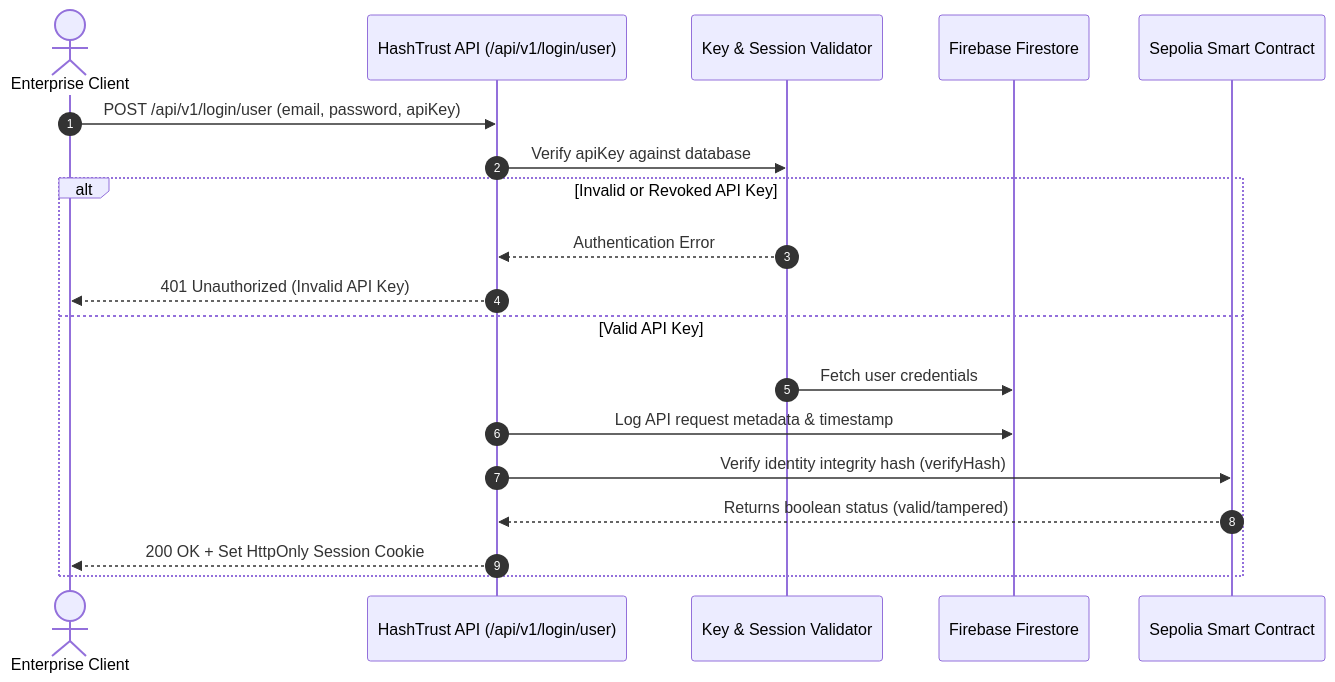
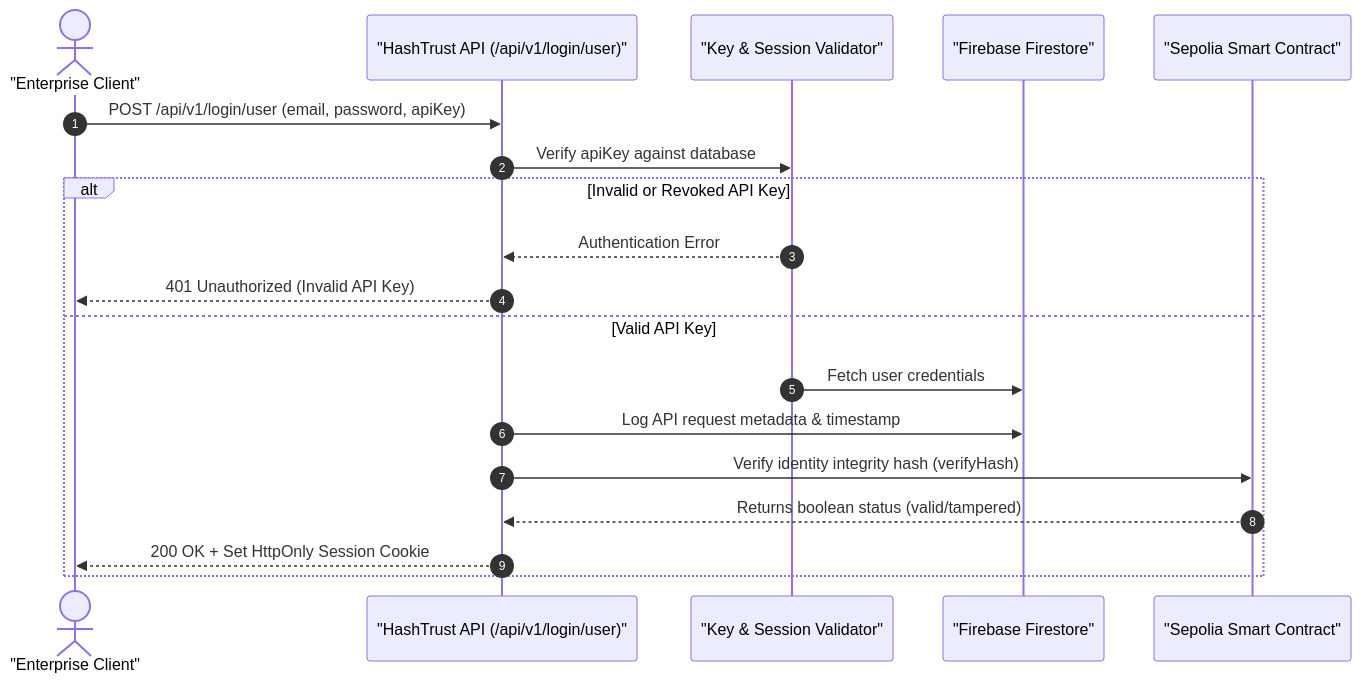
Before and after one commit to MdKaifSardar/HashTrust: the third of 3 diagrams in README.md, drawn with Mermaid. The commit also changed other lines of this file, not shown here.

Commit message:
docs: fix Mermaid diagram syntax for GitHub markdown rendering

````diff
--- a/README.md
+++ b/README.md
@@ -104,22 +104,22 @@
 ```mermaid
 sequenceDiagram
     autonumber
-    actor OrgClient as Enterprise Client
-    participant API as HashTrust API (/api/v1/login/user)
-    participant Auth as Key & Session Validator
-    participant DB as Firebase Firestore
-    participant Chain as Sepolia Smart Contract
+    actor OrgClient as "Enterprise Client"
+    participant API as "HashTrust API (/api/v1/login/user)"
+    participant Auth as "Key & Session Validator"
+    participant DB as "Firebase Firestore"
+    participant Chain as "Sepolia Smart Contract"
 
     OrgClient->>API: POST /api/v1/login/user (email, password, apiKey)
     API->>Auth: Verify apiKey against database
     alt Invalid or Revoked API Key
         Auth-->>API: Authentication Error
         API-->>OrgClient: 401 Unauthorized (Invalid API Key)
     else Valid API Key
         Auth->>DB: Fetch user credentials
         API->>DB: Log API request metadata & timestamp
         API->>Chain: Verify identity integrity hash (verifyHash)
         Chain-->>API: Returns boolean status (valid/tampered)
         API-->>OrgClient: 200 OK + Set HttpOnly Session Cookie
     end
 ```
````
